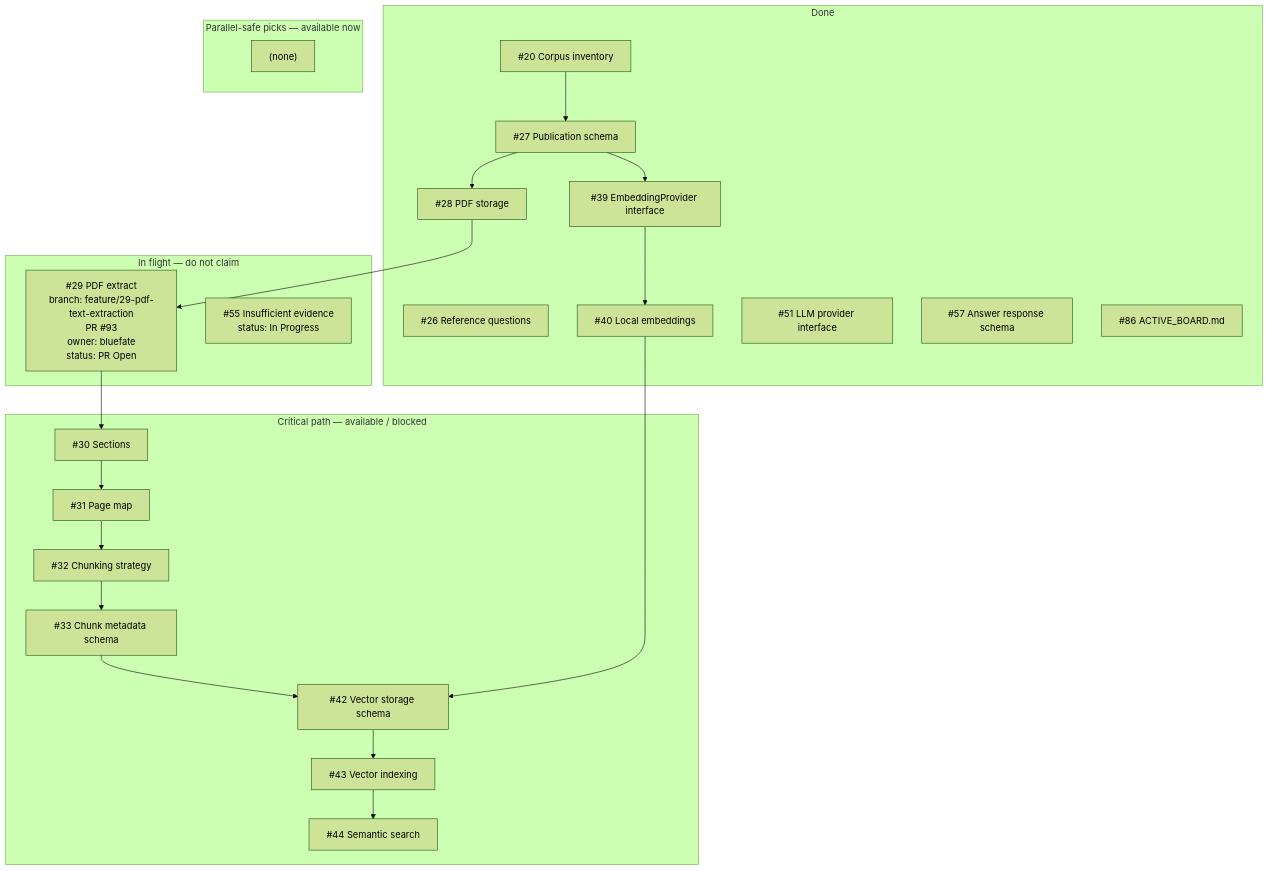
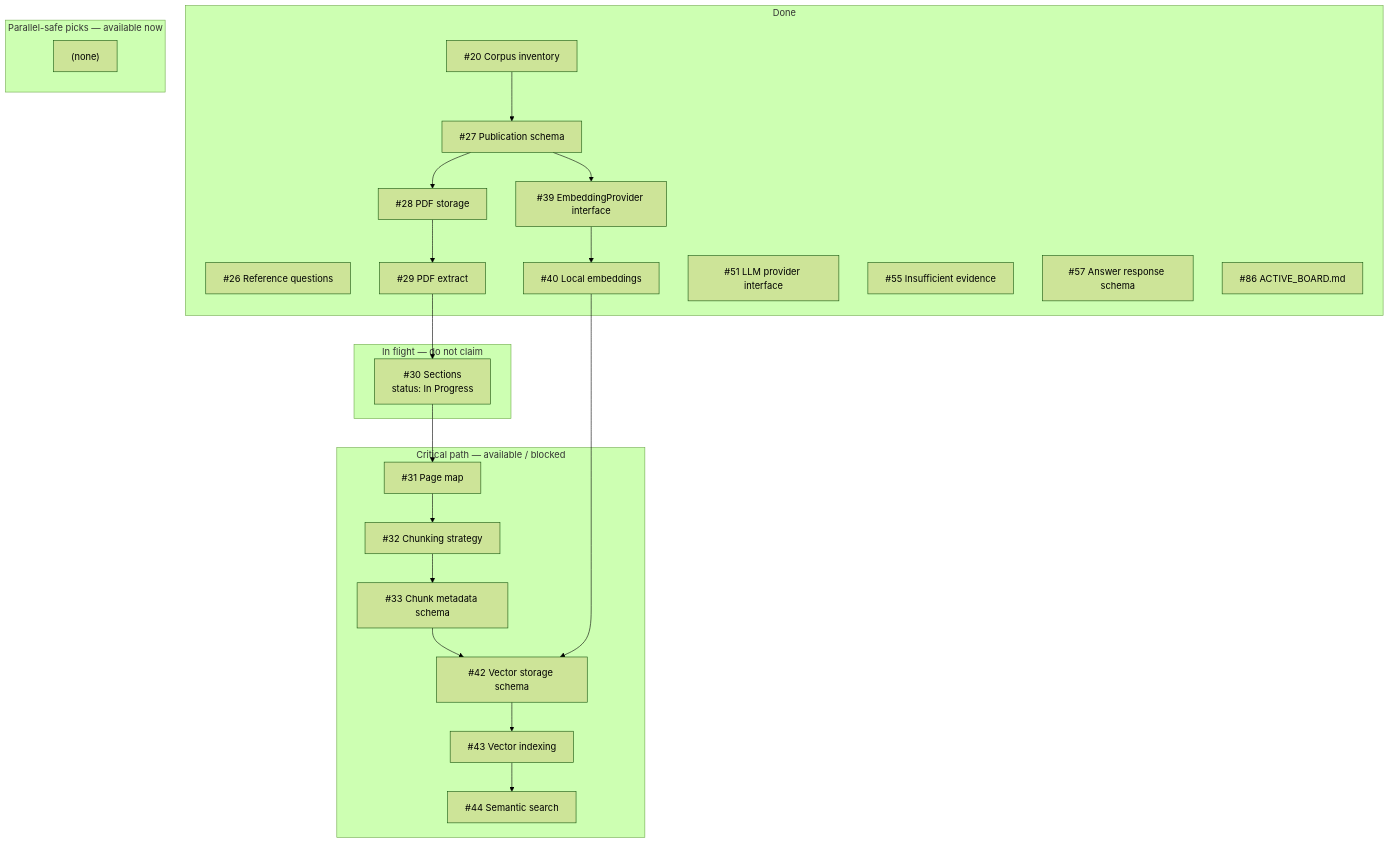
The diagram in docs/development/ACTIVE_BOARD.md (bluefate/spacebio-evidence-engine), drawn with Mermaid (forest theme) before and after one commit. The commit also changed other lines of this file, not shown here.

Commit message:
docs: refresh active board with #55 done

````diff
--- a/docs/development/ACTIVE_BOARD.md
+++ b/docs/development/ACTIVE_BOARD.md
@@ -61,43 +61,43 @@
 ```mermaid
 flowchart TB
   subgraph done [Done]
     i20["#20 Corpus inventory"]
     i26["#26 Reference questions"]
     i27["#27 Publication schema"]
     i28["#28 PDF storage"]
+    i29["#29 PDF extract"]
     i39["#39 EmbeddingProvider interface"]
     i40["#40 Local embeddings"]
     i51["#51 LLM provider interface"]
+    i55["#55 Insufficient evidence"]
     i57["#57 Answer response schema"]
     i86["#86 ACTIVE_BOARD.md"]
   end
   subgraph inflight [In flight — do not claim]
-    i29["#29 PDF extract<br/>branch: feature/29-pdf-text-extraction<br/>PR #93<br/>owner: bluefate<br/>status: PR Open"]
-    i55["#55 Insufficient evidence<br/>status: In Progress"]
+    i30["#30 Sections<br/>status: In Progress"]
   end
   subgraph nextCritical [Critical path — available / blocked]
-    i30["#30 Sections"]
     i31["#31 Page map"]
     i32["#32 Chunking strategy"]
     i33["#33 Chunk metadata schema"]
     i42["#42 Vector storage schema"]
     i43["#43 Vector indexing"]
     i44["#44 Semantic search"]
   end
   subgraph nextParallel [Parallel-safe picks — available now]
     nextParallel_empty["(none)"]
   end
   i20 --> i27
   i27 --> i28
   i28 --> i29
   i29 --> i30
   i30 --> i31
   i31 --> i32
   i32 --> i33
   i33 --> i42
   i27 --> i39
   i39 --> i40
   i40 --> i42
   i42 --> i43
   i43 --> i44
 ```
````
